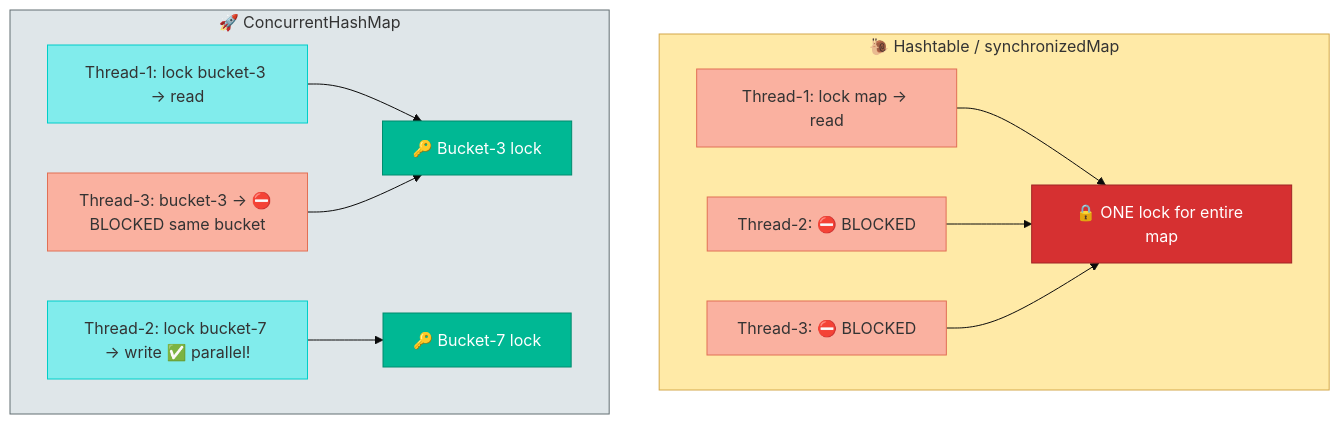
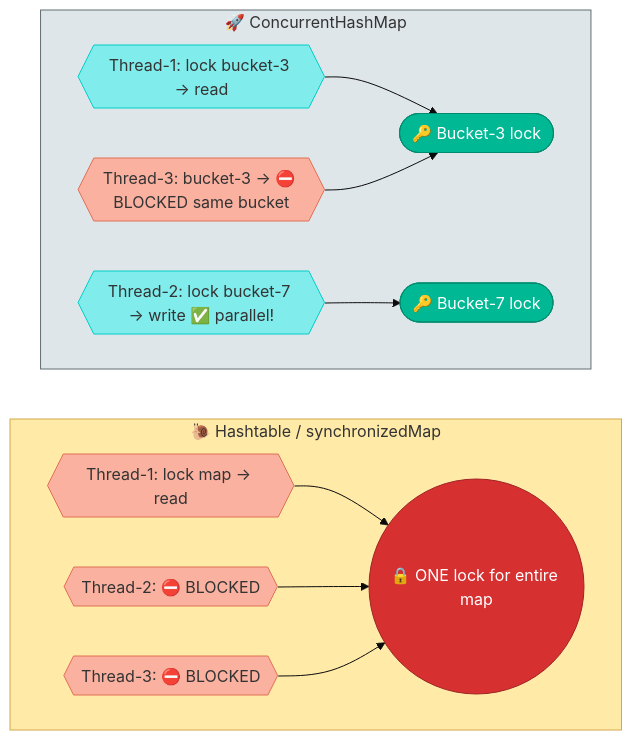
One commit to saivamsikaruturi/vamsilabs-dev-notes-main changed the first of 2 diagrams in docs/java/ConcurrentCollections.md. Above: the diagram before and after it, drawn with Mermaid (base theme). The commit also changed other lines of this file and 146 other files, not shown here.

Commit message:
Horizontal diagrams, UML class diagrams, typography overhaul, and permalink cleanup

````diff
--- a/docs/java/ConcurrentCollections.md
+++ b/docs/java/ConcurrentCollections.md
@@ -43,29 +43,28 @@
 ```mermaid
-graph TD
+flowchart LR
     subgraph OLD["🐌 Hashtable / synchronizedMap"]
-        OL["🔒 ONE lock for entire map"]
-        O1["Thread-1: lock map → read"] --> OL
-        O2["Thread-2: ⛔ BLOCKED"] --> OL
-        O3["Thread-3: ⛔ BLOCKED"] --> OL
+        direction LR
+        O1{{"Thread-1: lock map → read"}} --> OL(("🔒 ONE lock for entire map"))
+        O2{{"Thread-2: ⛔ BLOCKED"}} --> OL
+        O3{{"Thread-3: ⛔ BLOCKED"}} --> OL
     end
 
     subgraph NEW["🚀 ConcurrentHashMap"]
-        NL1["🔑 Bucket-3 lock"]
-        NL2["🔑 Bucket-7 lock"]
-        N1["Thread-1: lock bucket-3 → read"] --> NL1
-        N2["Thread-2: lock bucket-7 → write ✅ parallel!"] --> NL2
-        N3["Thread-3: bucket-3 → ⛔ BLOCKED same bucket"] --> NL1
+        direction LR
+        N1{{"Thread-1: lock bucket-3 → read"}} --> NL1(["🔑 Bucket-3 lock"])
+        N2{{"Thread-2: lock bucket-7 → write ✅ parallel!"}} --> NL2(["🔑 Bucket-7 lock"])
+        N3{{"Thread-3: bucket-3 → ⛔ BLOCKED same bucket"}} --> NL1
     end
 
     style OLD fill:#ffeaa7,stroke:#d4a84b,color:#333
     style NEW fill:#dfe6e9,stroke:#636e72,color:#333
     style OL fill:#d63031,stroke:#a02525,color:#fff
     style NL1 fill:#00b894,stroke:#008c6e,color:#fff
     style NL2 fill:#00b894,stroke:#008c6e,color:#fff
     style O1 fill:#fab1a0,stroke:#e17055,color:#333
     style O2 fill:#fab1a0,stroke:#e17055,color:#333
     style O3 fill:#fab1a0,stroke:#e17055,color:#333
     style N1 fill:#81ecec,stroke:#00cec9,color:#333
     style N2 fill:#81ecec,stroke:#00cec9,color:#333
     style N3 fill:#fab1a0,stroke:#e17055,color:#333
 ```
````
